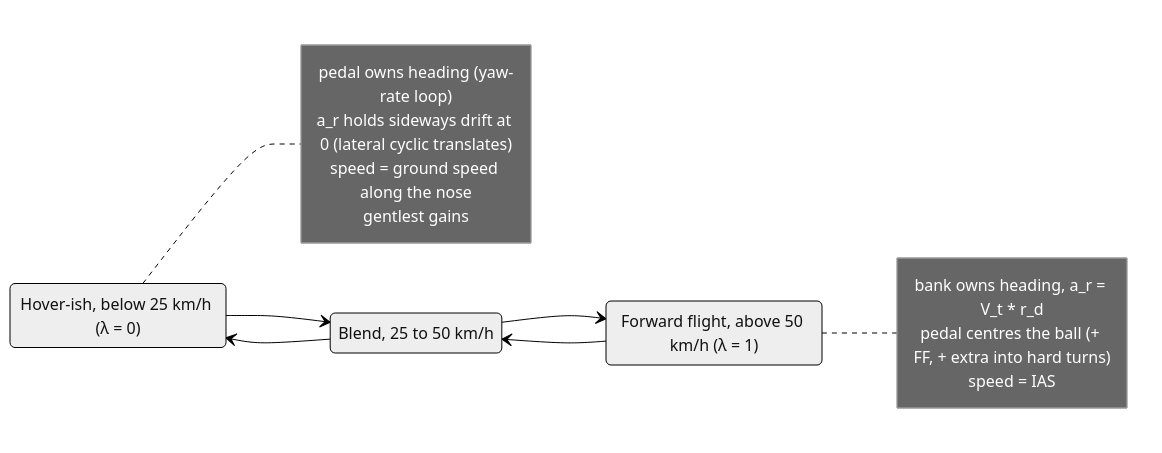
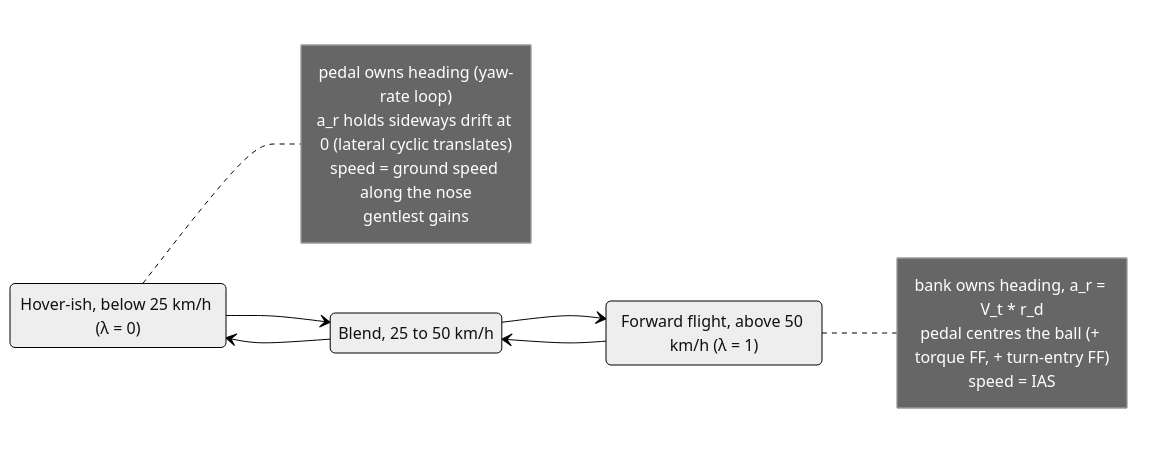
One commit to lightlyfallingrain/DCS-petrobrain changed the fifth of 6 diagrams in plans/flight-lift-vector/plan.md. Above: the diagram before and after it, drawn with Mermaid (neutral theme). The commit also changed other lines of this file and 1 other file, not shown here.

````diff
--- a/plans/flight-lift-vector/plan.md
+++ b/plans/flight-lift-vector/plan.md
@@ -193,22 +231,22 @@
 ```mermaid
 stateDiagram-v2
   direction LR
   Hover: Hover-ish, below 25 km/h (λ = 0)
   Blend: Blend, 25 to 50 km/h
   Forward: Forward flight, above 50 km/h (λ = 1)
   Hover --> Blend
   Blend --> Forward
   Forward --> Blend
   Blend --> Hover
   note right of Hover
     pedal owns heading (yaw-rate loop)
     a_r holds sideways drift at 0 (lateral cyclic translates)
     speed = ground speed along the nose
     gentlest gains
   end note
   note right of Forward
     bank owns heading, a_r = V_t * r_d
-    pedal centres the ball (+ FF, + extra into hard turns)
+    pedal centres the ball (+ torque FF, + turn-entry FF)
     speed = IAS
   end note
 ```
````
